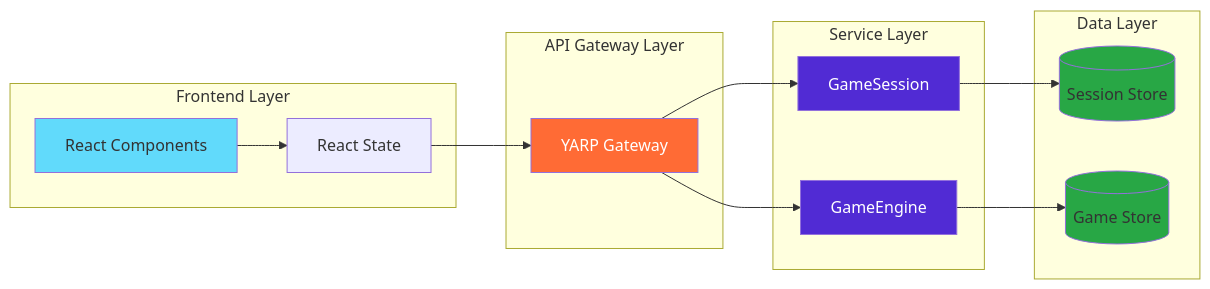
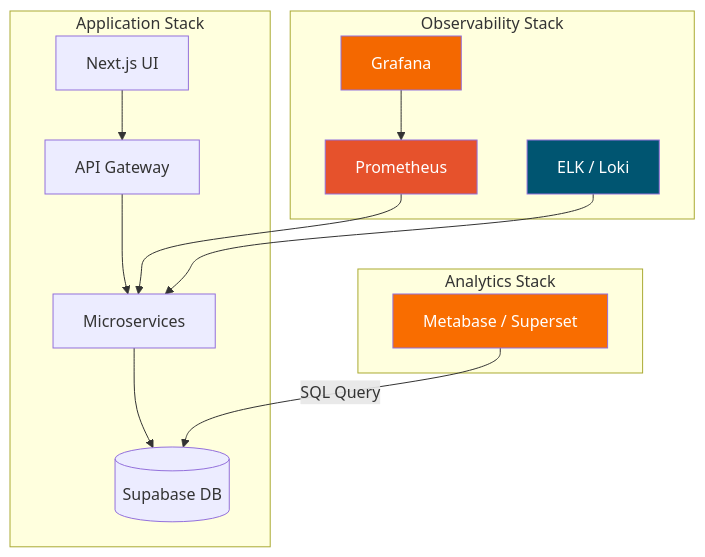
The sixth of 6 diagrams in README.md (dmitrycx/TicTacToe), drawn with Mermaid before and after one commit. The commit also changed other lines of this file and 30 other files, not shown here.

````diff
--- a/README.md
+++ b/README.md
@@ -133,35 +369,21 @@
 ```mermaid
-graph LR
-    subgraph "Frontend Layer"
-        UI[React Components]
-        State[React State]
+graph TD
+    subgraph "Application Stack"
+        UI[Next.js UI] --> YARP[API Gateway] --> Services[Microservices] --> DB[(Supabase DB)]
     end
-    
-    subgraph "API Gateway Layer"
-        YARP[YARP Gateway]
+
+    subgraph "Observability Stack"
+        Prometheus[Prometheus] --> Services
+        Grafana[Grafana] --> Prometheus
+        ELK[ELK / Loki] --> Services
     end
-    
-    subgraph "Service Layer"
-        GS[GameSession]
-        GE[GameEngine]
+
+    subgraph "Analytics Stack"
+        BI[Metabase / Superset] -->|SQL Query| DB
     end
-    
-    subgraph "Data Layer"
-        SessionDB[(Session Store)]
-        GameDB[(Game Store)]
-    end
-    
-    UI --> State
-    State --> YARP
-    YARP --> GS
-    YARP --> GE
-    GS --> SessionDB
-    GE --> GameDB
-    
-    style UI fill:#61DAFB
-    style YARP fill:#FF6B35,color:#fff
-    style GS fill:#512BD4,color:#fff
-    style GE fill:#512BD4,color:#fff
-    style SessionDB fill:#28a745
-    style GameDB fill:#28a745
+
+    style Prometheus fill:#E6522C,color:white
+    style Grafana fill:#F46800,color:white
+    style ELK fill:#005571,color:white
+    style BI fill:#F96D00,color:white
 ```
````
